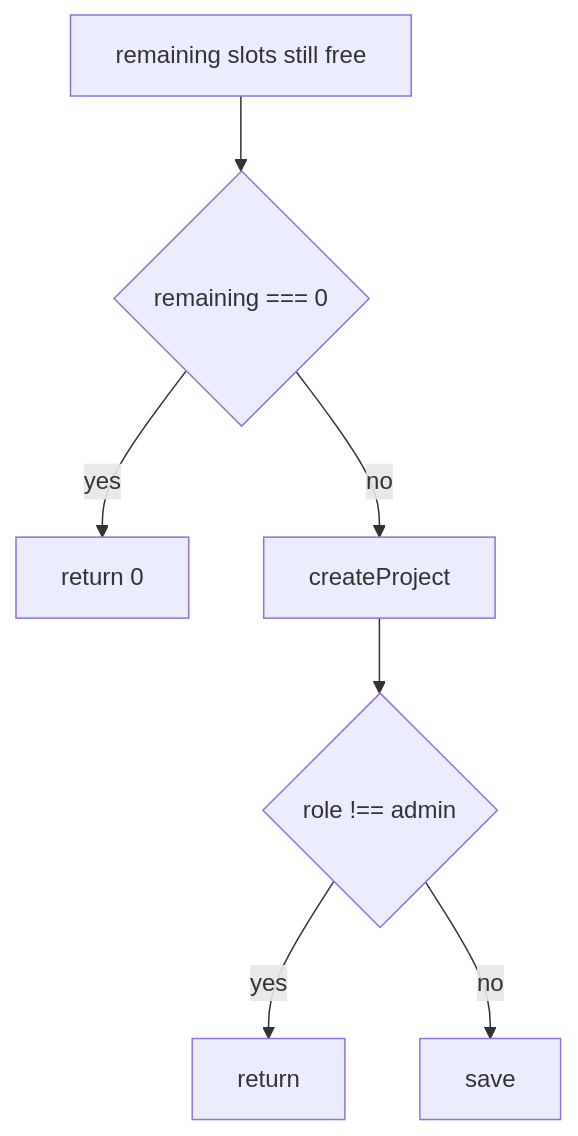
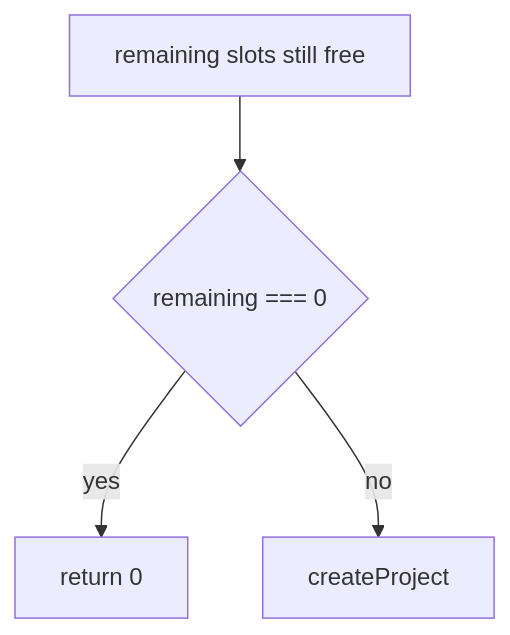
One commit to kumarutkarshuk/uk-skills changed the diagram in skills/pr-diff-explain/references/examples.md. Above: the diagram before and after it, drawn with Mermaid. The commit also changed other lines of this file and 4 other files, not shown here.

Commit message:
Update README and SKILL documentation for pr-diff-explain to enhance clarity on pseudocode comments and diagram usage. Increment version to 1.12.0. Refine rules for handling already explained reviews and large pull requests, and adjust posting procedures for GitHub and GitLab.

````diff
--- a/skills/pr-diff-explain/references/examples.md
+++ b/skills/pr-diff-explain/references/examples.md
@@ -53,9 +40,6 @@
 ```mermaid
 flowchart TD
   A[remaining slots still free] --> B{remaining === 0}
   B -->|yes| C[return 0]
   B -->|no| D[createProject]
-  D --> E{role !== admin}
-  E -->|yes| F[return]
-  E -->|no| G[save]
 ```
````
